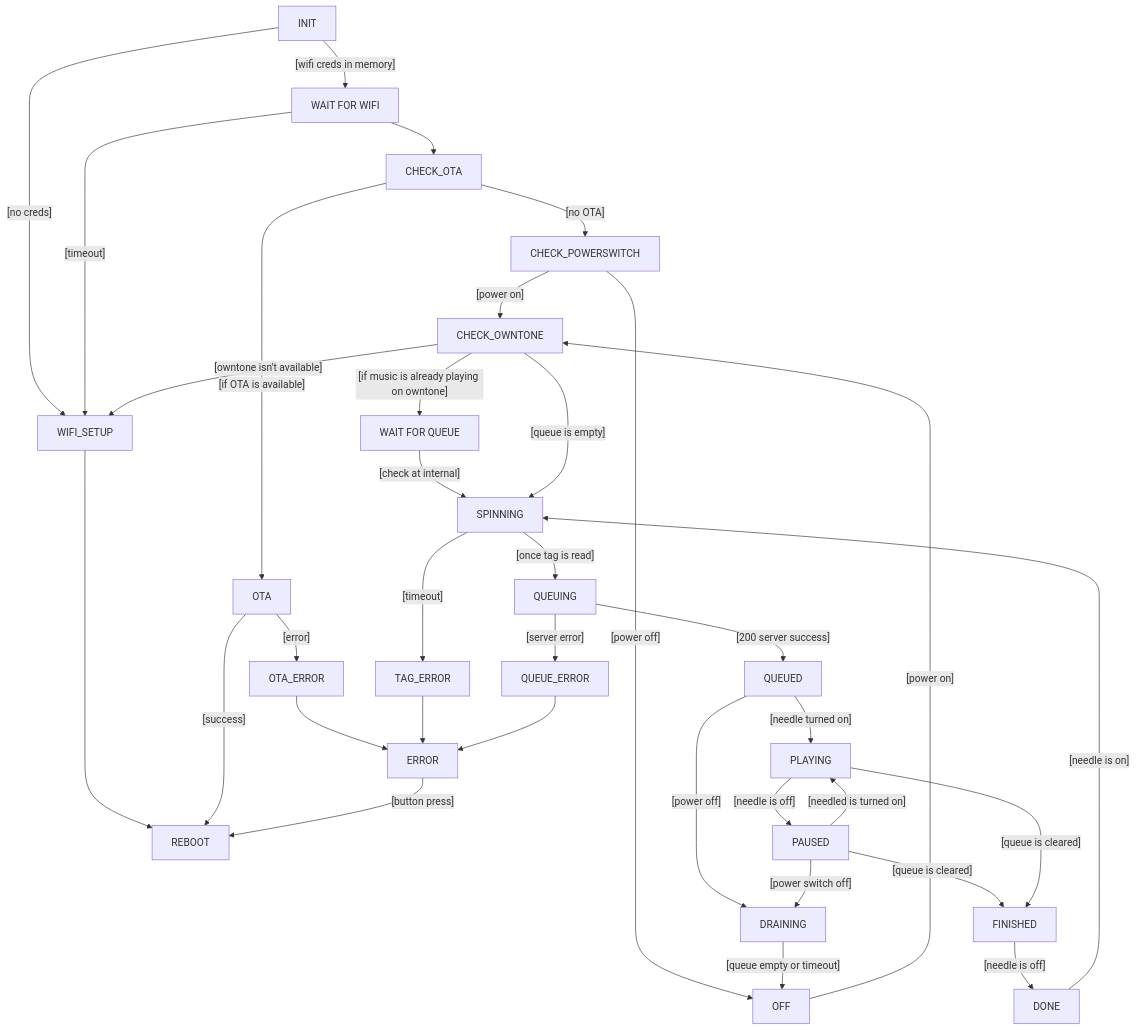
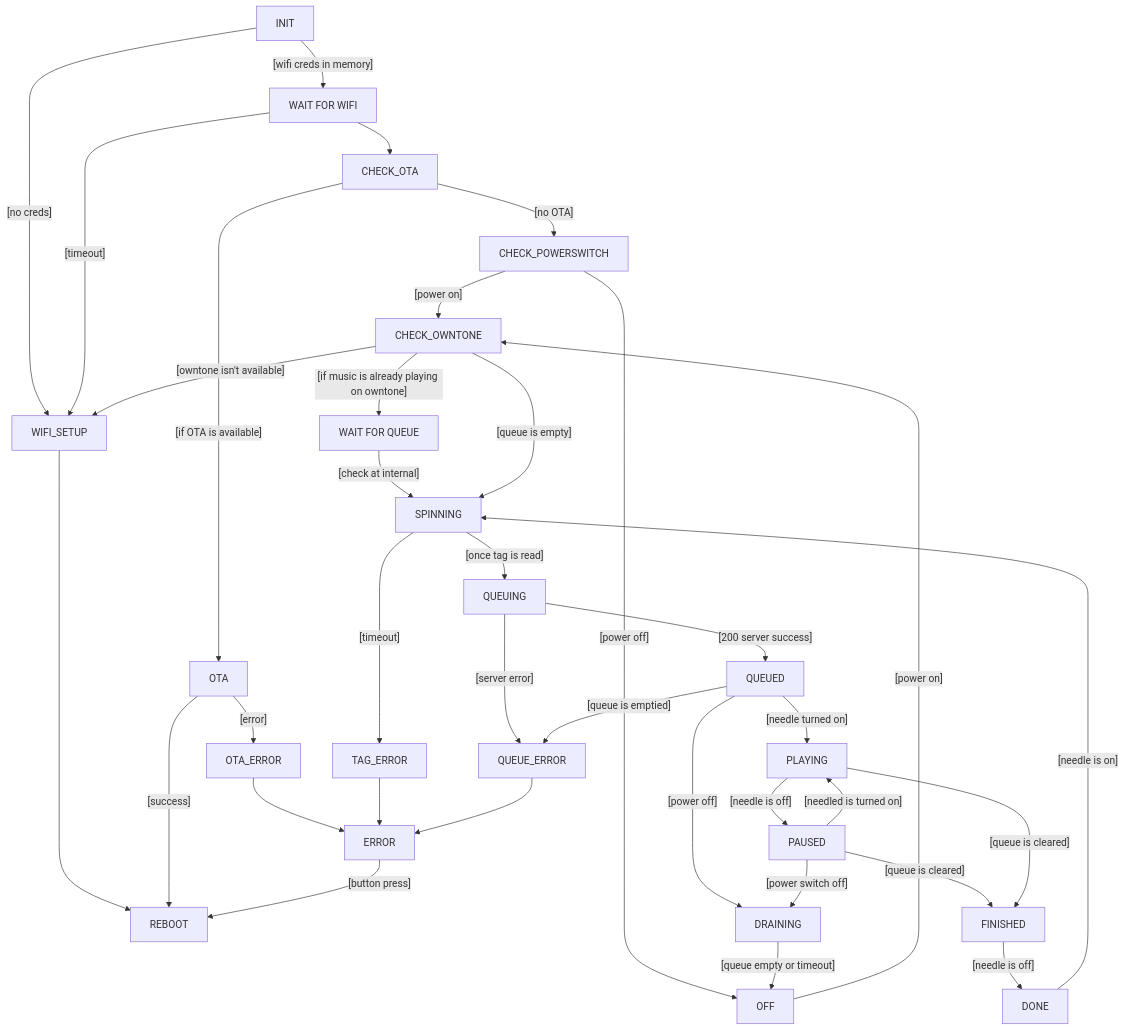
One commit to matthewfcarlson/vyknoll changed the diagram in documents/statemachine.md. Above: the diagram before and after it, drawn with Mermaid. The commit also changed 23 other files, not shown here.

````diff
--- a/documents/statemachine.md
+++ b/documents/statemachine.md
@@ -5,39 +5,40 @@
 ```mermaid
 graph TD
 WAITING_FOR_WIFI[WAIT FOR WIFI]
 INIT--[wifi creds in memory]-->WAITING_FOR_WIFI
 INIT --[no creds]-->WIFI_SETUP
 WIFI_SETUP --> REBOOT
 WAITING_FOR_WIFI --[timeout] --> WIFI_SETUP
 WAITING_FOR_WIFI --> CHECK_OTA
 WAITING_FOR_QUEUE[WAIT FOR QUEUE]
 CHECK_OTA --[if OTA is available]-->OTA
 CHECK_OTA --[no OTA] --> CHECK_POWERSWITCH
 CHECK_POWERSWITCH --[power on]-->CHECK_OWNTONE
 CHECK_POWERSWITCH --[power off]-->OFF
 OFF --[power on]-->CHECK_OWNTONE
 OTA --[error]-->OTA_ERROR
 OTA_ERROR --> ERROR
 CHECK_OWNTONE --[owntone isn't available]--> WIFI_SETUP
 OTA --[success]-->REBOOT
 ERROR --[button press]-->REBOOT
 CHECK_OWNTONE --[if music is already playing on owntone]-->WAITING_FOR_QUEUE
 WAITING_FOR_QUEUE --[check at internal]-->SPINNING
 CHECK_OWNTONE --[queue is empty]-->SPINNING
 SPINNING --[once tag is read]-->QUEUING
 SPINNING --[timeout]--> TAG_ERROR
 TAG_ERROR --> ERROR
 QUEUING --[200 server success]--> QUEUED
 QUEUING --[server error]--> QUEUE_ERROR
 QUEUE_ERROR --> ERROR
 QUEUED --[needle turned on]--> PLAYING
 QUEUED --[power off]-->DRAINING
+QUEUED --[queue is emptied]-->QUEUE_ERROR
 DRAINING --[queue empty or timeout] --> OFF
 PLAYING --[needle is off]--> PAUSED
 PAUSED --[needled is turned on]--> PLAYING
 PAUSED --[power switch off] --> DRAINING
 PAUSED --[queue is cleared]--> FINISHED
 PLAYING --[queue is cleared]--> FINISHED
 FINISHED --[needle is off]--> DONE
 DONE --[needle is on]--> SPINNING
 ```
````
